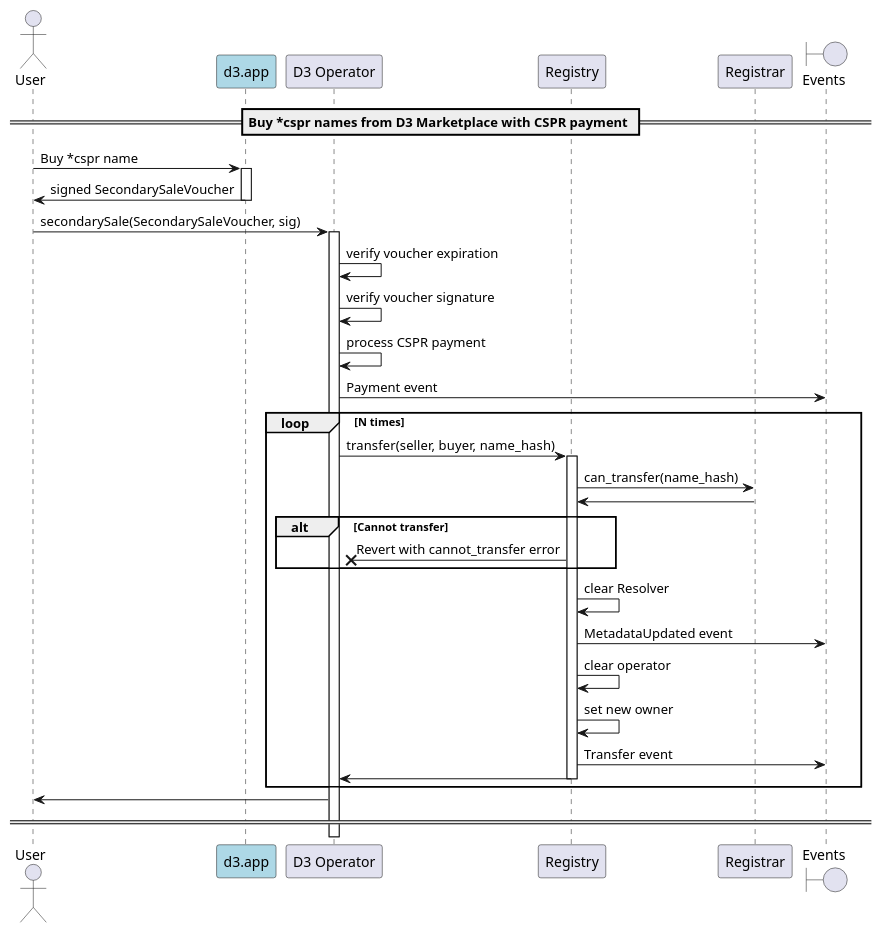
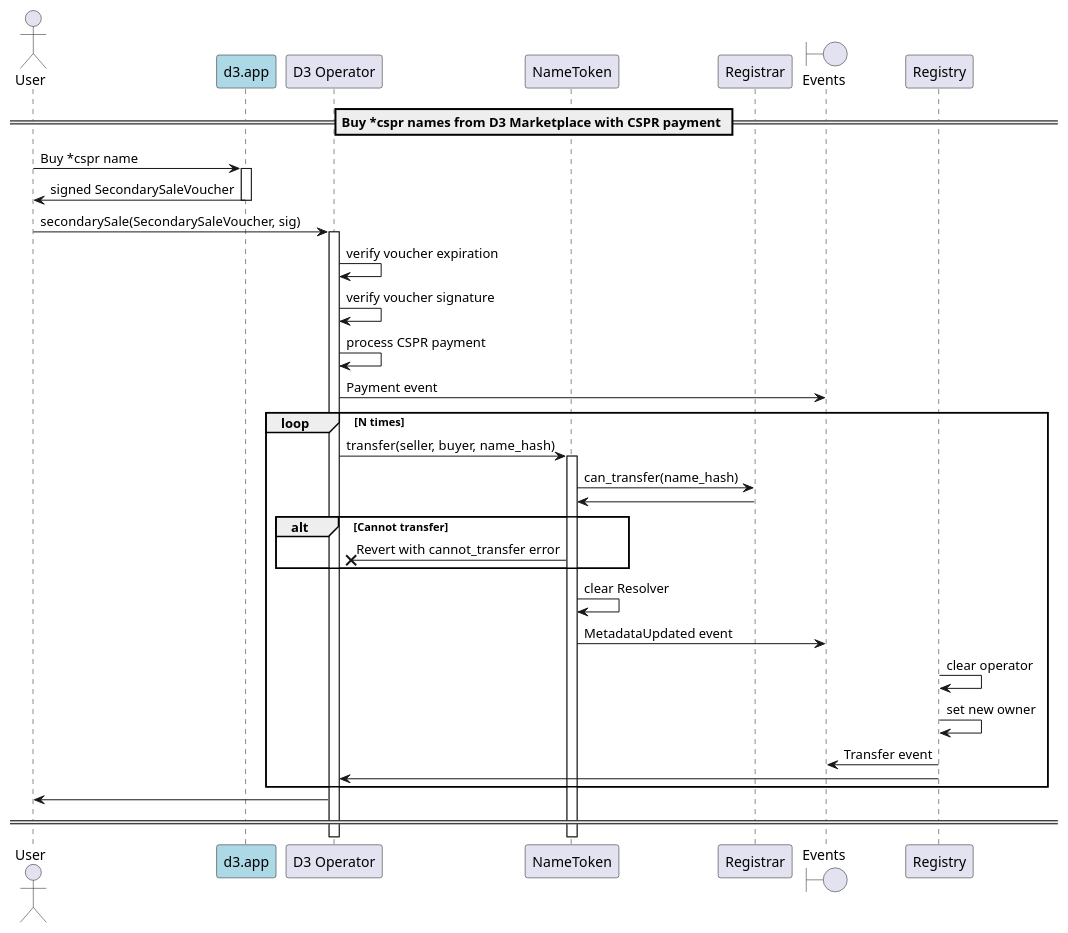
Before and after one commit to make-software/cspr-name-contracts: the diagram in docs/sequence-diagrams/puml/d3-marketplace-buy-cspr-token.puml, drawn with PlantUML. The commit also changed 13 other files, not shown here.

Commit message:
Renamed Registry contract with NameToken in the sequence diagrams.

```diff
--- a/docs/sequence-diagrams/puml/d3-marketplace-buy-cspr-token.puml
+++ b/docs/sequence-diagrams/puml/d3-marketplace-buy-cspr-token.puml
@@ -1,46 +1,46 @@
 @startuml
 'https://plantuml.com/sequence-diagram
 
 'autonumber
 actor User
 participant "d3.app" as d3 #lightblue
 participant "D3 Operator" as d3Op
-participant "Registry"
+participant "NameToken"
 participant "Registrar"
 boundary "Events"
 
 == Buy *cspr names from D3 Marketplace with CSPR payment ==
 
 User -> d3: Buy *cspr name
 activate d3
 d3 -> User: signed SecondarySaleVoucher
 deactivate d3
 
 User -> d3Op: secondarySale(SecondarySaleVoucher, sig)
 activate d3Op
 d3Op -> d3Op: verify voucher expiration
 d3Op -> d3Op: verify voucher signature
 d3Op -> d3Op: process CSPR payment
 d3Op -> "Events": Payment event
 loop N times
-    d3Op -> Registry: transfer(seller, buyer, name_hash)
-    activate Registry
-    Registry -> Registrar: can_transfer(name_hash)
-    Registrar -> Registry
+    d3Op -> NameToken: transfer(seller, buyer, name_hash)
+    activate NameToken
+    NameToken -> Registrar: can_transfer(name_hash)
+    Registrar -> NameToken
     alt Cannot transfer
-        Registry ->X d3Op: Revert with cannot_transfer error
+        NameToken ->X d3Op: Revert with cannot_transfer error
     end
-    Registry -> Registry: clear Resolver
-    Registry -> "Events": MetadataUpdated event
+    NameToken -> NameToken: clear Resolver
+    NameToken -> "Events": MetadataUpdated event
     Registry -> Registry: clear operator
     Registry -> Registry : set new owner
     Registry -> "Events": Transfer event
     Registry -> d3Op
     deactivate Registry
 end
 d3Op -> User
 deactivate d3
 
 == ==
 
 @enduml
```
